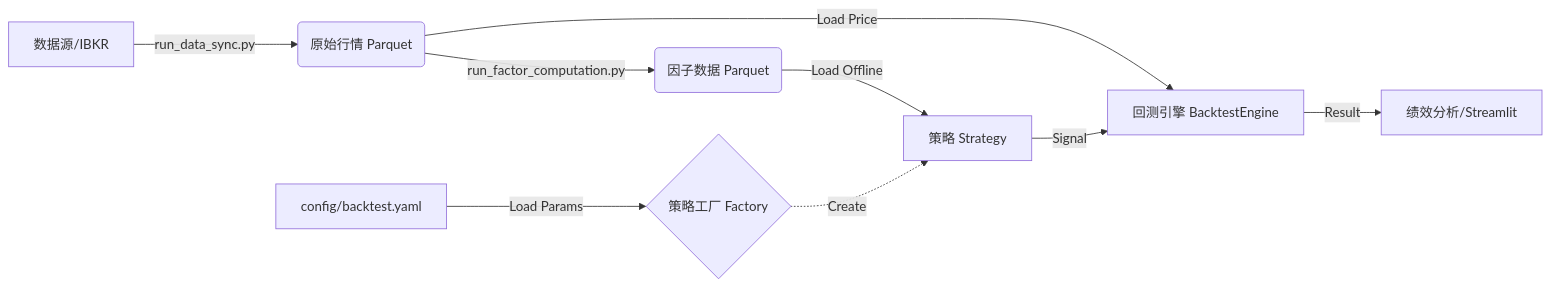
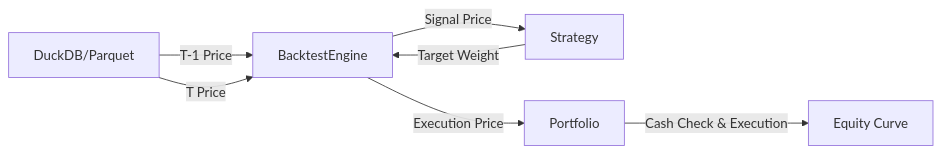
The first of 2 diagrams in README.md (ericwang0321/Multi-Factor-Backtester), drawn with Mermaid before and after one commit. The commit also changed other lines of this file, not shown here.

````diff
--- a/README.md
+++ b/README.md
@@ -37,12 +45,10 @@
 ```mermaid
 graph LR
-    A[数据源/IBKR] -->|run_data_sync.py| B(原始行情 Parquet)
-    B -->|run_factor_computation.py| C(因子数据 Parquet)
-    Config[config/backtest.yaml] -->|Load Params| F{策略工厂 Factory}
-    C -->|Load Offline| D[策略 Strategy]
-    F -.->|Create| D
-    B -->|Load Price| E[回测引擎 BacktestEngine]
-    D -->|Signal| E
-    E -->|Result| F_Res[绩效分析/Streamlit]
+    Data[DuckDB/Parquet] -->|T-1 Price| Engine[BacktestEngine]
+    Data -->|T Price| Engine
+    Engine -->|Signal Price| Strat[Strategy]
+    Strat -->|Target Weight| Engine
+    Engine -->|Execution Price| Port[Portfolio]
+    Port -->|Cash Check & Execution| Result[Equity Curve]
 
 ```
````
